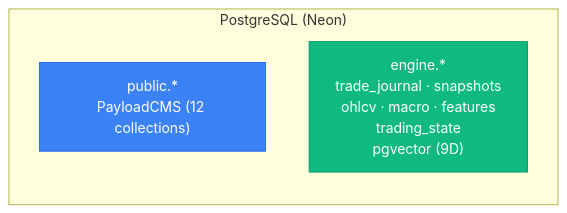
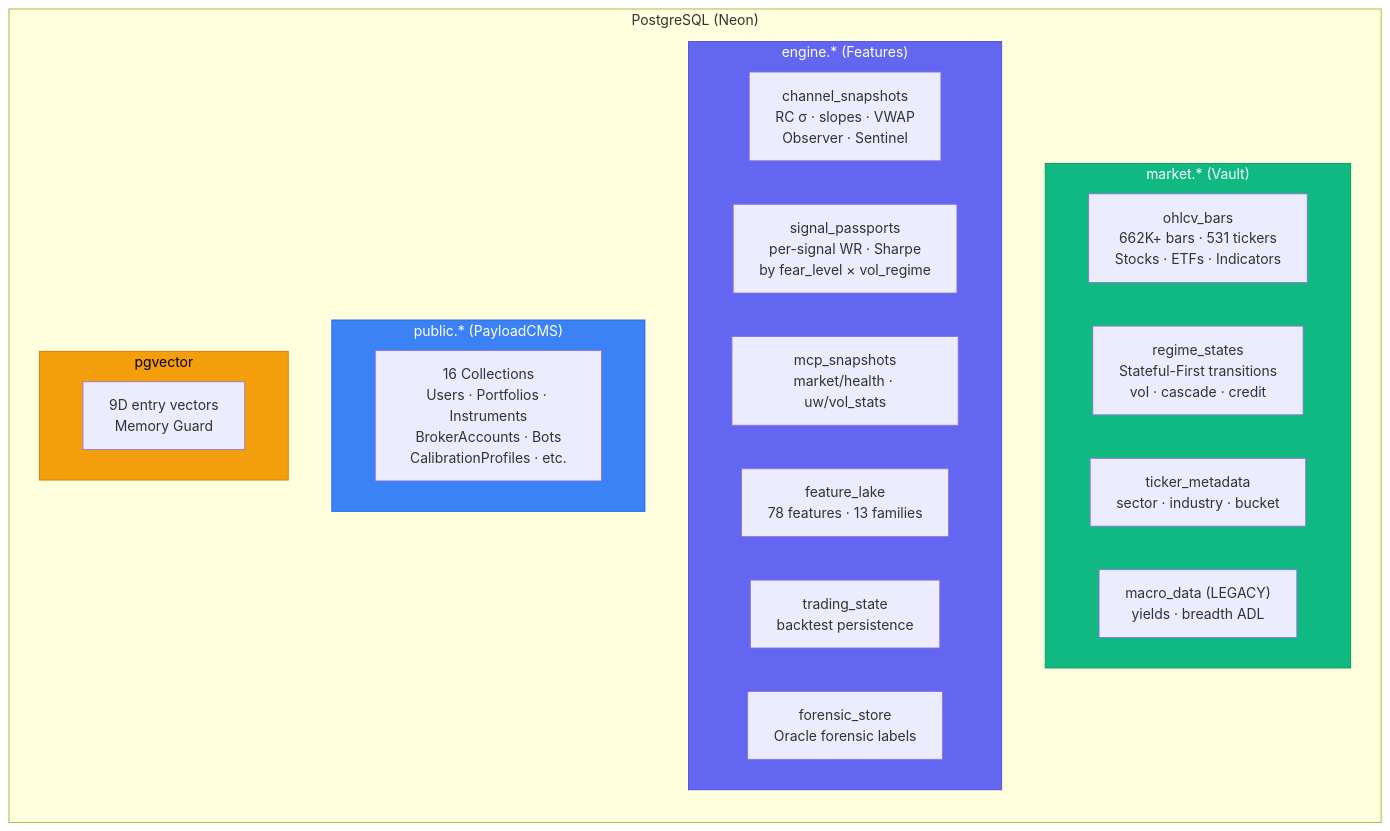
The ninth of 9 diagrams in docs/architecture-diagram.md (Charlie7532/botero-trade-engine), drawn with Mermaid before and after one commit. The commit also changed other lines of this file and 1 other file, not shown here.

Commit message:
docs: update architecture to V15 with vault-first patterns and new swing gate modules

````diff
--- a/docs/architecture-diagram.md
+++ b/docs/architecture-diagram.md
@@ -260,10 +382,33 @@
 ```mermaid
 graph LR
     subgraph PG["PostgreSQL (Neon)"]
-        PAY["public.*<br/>PayloadCMS (12 collections)"]
-        ENG["engine.*<br/>trade_journal · snapshots<br/>ohlcv · macro · features<br/>trading_state<br/>pgvector (9D)"]
+        subgraph MARKET["market.* (Vault)"]
+            OHLCV["ohlcv_bars<br/>662K+ bars · 531 tickers<br/>Stocks · ETFs · Indicators"]
+            REGIME["regime_states<br/>Stateful-First transitions<br/>vol · cascade · credit"]
+            META["ticker_metadata<br/>sector · industry · bucket"]
+            MACRO["macro_data (LEGACY)<br/>yields · breadth ADL"]
+        end
+
+        subgraph ENGINE["engine.* (Features)"]
+            CHAN2["channel_snapshots<br/>RC σ · slopes · VWAP<br/>Observer · Sentinel"]
+            PASS2["signal_passports<br/>per-signal WR · Sharpe<br/>by fear_level × vol_regime"]
+            MCP2["mcp_snapshots<br/>market/health · uw/vol_stats"]
+            FEAT["feature_lake<br/>78 features · 13 families"]
+            STATE["trading_state<br/>backtest persistence"]
+            FOREN["forensic_store<br/>Oracle forensic labels"]
+        end
+
+        subgraph PUBLIC["public.* (PayloadCMS)"]
+            PAY["16 Collections<br/>Users · Portfolios · Instruments<br/>BrokerAccounts · Bots<br/>CalibrationProfiles · etc."]
+        end
+
+        subgraph PGVEC["pgvector"]
+            VEC["9D entry vectors<br/>Memory Guard"]
+        end
     end
 
-    style PAY fill:#3b82f6,stroke:#2563eb,color:#fff
-    style ENG fill:#10b981,stroke:#059669,color:#fff
+    style MARKET fill:#10b981,stroke:#059669,color:#fff
+    style ENGINE fill:#6366f1,stroke:#4f46e5,color:#fff
+    style PUBLIC fill:#3b82f6,stroke:#2563eb,color:#fff
+    style PGVEC fill:#f59e0b,stroke:#d97706,color:#000
 ```
````
